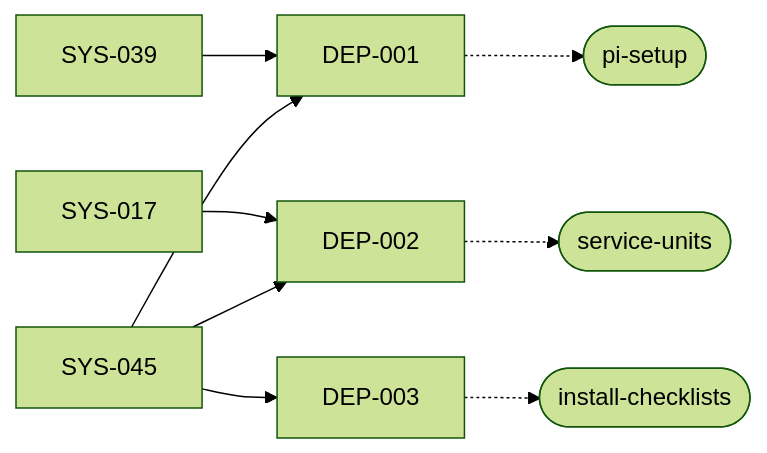
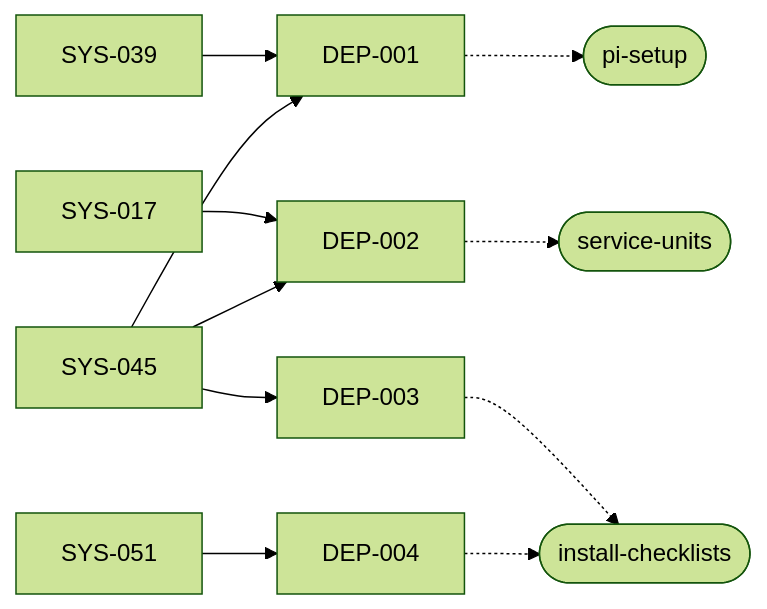
Before and after one commit to goatsnboats/monster-house: the ninth of 10 diagrams in docs/requirements/trace.md, drawn with Mermaid (forest theme). The commit also changed other lines of this file and 11 other files, not shown here.

````diff
--- a/docs/requirements/trace.md
+++ b/docs/requirements/trace.md
@@ -724,11 +727,13 @@
 ```mermaid
 flowchart LR
   SYS_039[SYS-039] --> DEP_001[DEP-001]
   SYS_045[SYS-045] --> DEP_001[DEP-001]
   DEP_001 -.-> c_pi_setup([pi-setup])
   SYS_017[SYS-017] --> DEP_002[DEP-002]
   SYS_045[SYS-045] --> DEP_002[DEP-002]
   DEP_002 -.-> c_service_units([service-units])
   SYS_045[SYS-045] --> DEP_003[DEP-003]
   DEP_003 -.-> c_install_checklists([install-checklists])
+  SYS_051[SYS-051] --> DEP_004[DEP-004]
+  DEP_004 -.-> c_install_checklists([install-checklists])
 ```
````
